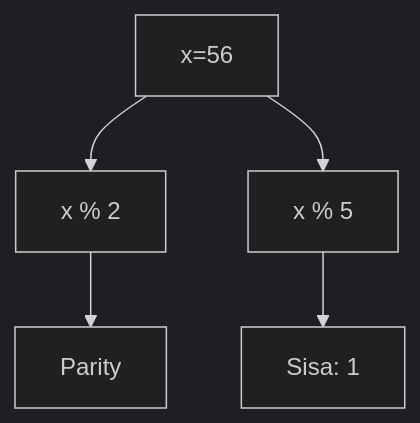
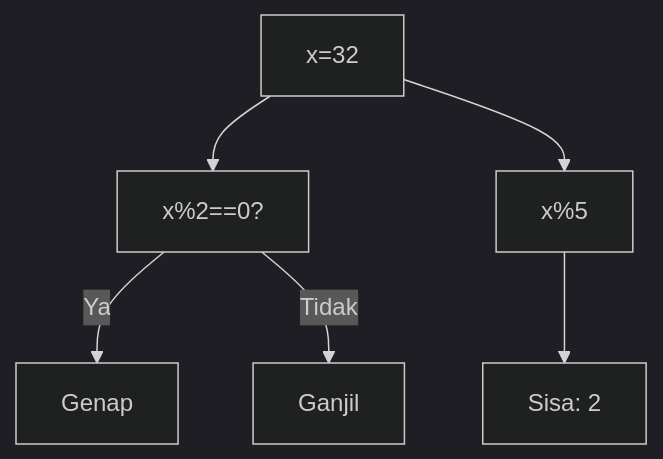
One commit to amnahwaida/OSNK_INF_PREP changed the second of 25 diagrams in part-c-pemahaman-cpp/02-percabangan/latihan/set-04.md. Above: the diagram before and after it, drawn with Mermaid (dark theme). The commit also changed other lines of this file and 71 other files, not shown here.

Commit message:
Fixed Mermaid syntax lexical errors with quoted labels in 1,800 questions

````diff
--- a/part-c-pemahaman-cpp/02-percabangan/latihan/set-04.md
+++ b/part-c-pemahaman-cpp/02-percabangan/latihan/set-04.md
@@ -23,7 +52,8 @@
 ```mermaid
 graph TD
-A[x=56] --> B[x % 2]
-B --> C[Parity]
-A --> D[x % 5]
-D --> E[Sisa: 1]
+A["x=32"] --> B["x%2==0?"]
+B -- Ya --> C["Genap"]
+B -- Tidak --> D["Ganjil"]
+A --> E["x%5"]
+E --> F["Sisa: 2"]
 ```
````
